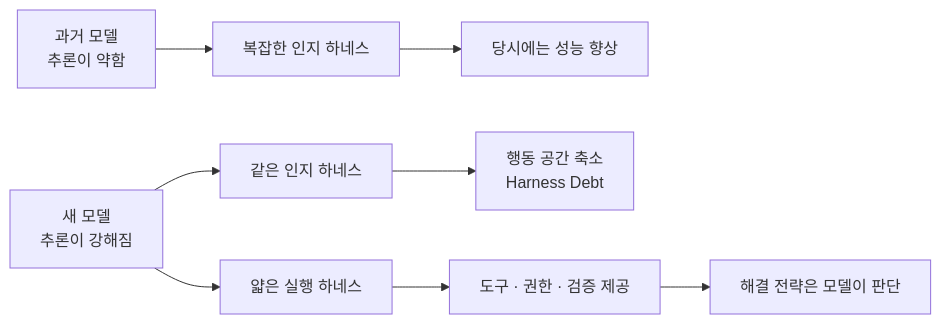
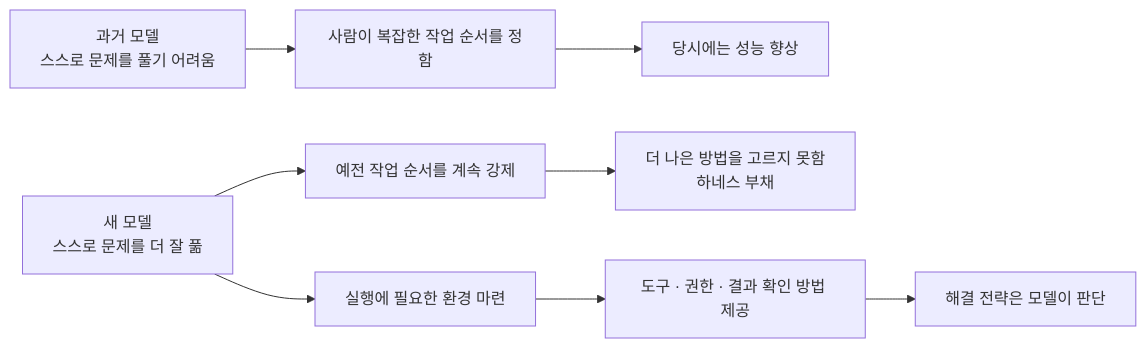
The fourth of 4 diagrams in _posts/2026-09-06-my-thoughts-on-aws-ai-dlc.md (haandol/haandol.github.com), drawn with Mermaid before and after one commit. The commit also changed other lines of this file and 2 other files, not shown here.

````diff
--- a/_posts/2026-09-06-my-thoughts-on-aws-ai-dlc.md
+++ b/_posts/2026-09-06-my-thoughts-on-aws-ai-dlc.md
@@ -208,12 +210,12 @@
 ```mermaid
 flowchart LR
-    M1["과거 모델<br/>추론이 약함"] --> H1["복잡한 인지 하네스"]
+    M1["과거 모델<br/>스스로 문제를 풀기 어려움"] --> H1["사람이 복잡한 작업 순서를 정함"]
     H1 --> G["당시에는 성능 향상"]
 
-    M2["새 모델<br/>추론이 강해짐"] --> H2["같은 인지 하네스"]
-    H2 --> D["행동 공간 축소<br/>Harness Debt"]
+    M2["새 모델<br/>스스로 문제를 더 잘 풂"] --> H2["예전 작업 순서를 계속 강제"]
+    H2 --> D["더 나은 방법을 고르지 못함<br/>하네스 부채"]
 
-    M2 --> E["얇은 실행 하네스"]
-    E --> T["도구 · 권한 · 검증 제공"]
+    M2 --> E["실행에 필요한 환경 마련"]
+    E --> T["도구 · 권한 · 결과 확인 방법 제공"]
     T --> J["해결 전략은 모델이 판단"]
 ```
````
